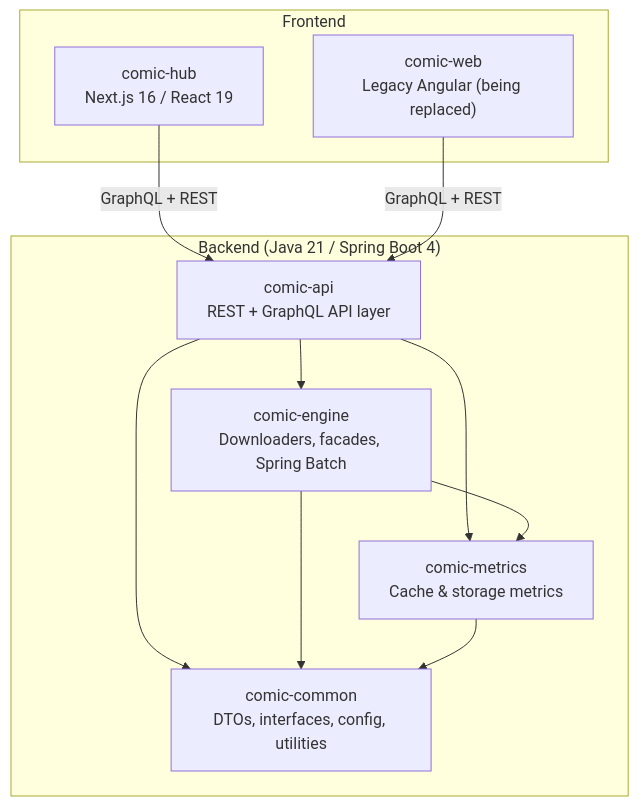
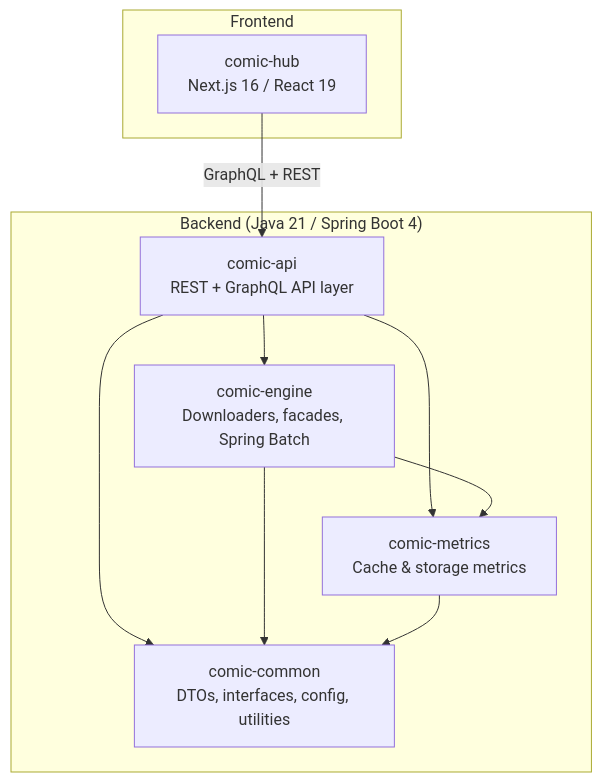
The first of 2 diagrams in CLAUDE.md (KKDad/ComicCacher), drawn with Mermaid before and after one commit. The commit also changed other lines of this file and 30 other files, not shown here.

````diff
--- a/CLAUDE.md
+++ b/CLAUDE.md
@@ -9,23 +9,21 @@
 ```mermaid
 graph TD
     subgraph Backend ["Backend (Java 21 / Spring Boot 4)"]
         COMMON["comic-common<br/>DTOs, interfaces, config, utilities"]
         METRICS["comic-metrics<br/>Cache & storage metrics"]
         ENGINE["comic-engine<br/>Downloaders, facades, Spring Batch"]
         API["comic-api<br/>REST + GraphQL API layer"]
     end
 
     subgraph Frontend
         HUB["comic-hub<br/>Next.js 16 / React 19"]
-        WEB["comic-web<br/>Legacy Angular (being replaced)"]
     end
 
     API --> ENGINE
     API --> METRICS
     API --> COMMON
     ENGINE --> METRICS
     ENGINE --> COMMON
     METRICS --> COMMON
     HUB -->|GraphQL + REST| API
-    WEB -->|GraphQL + REST| API
 ```
````
